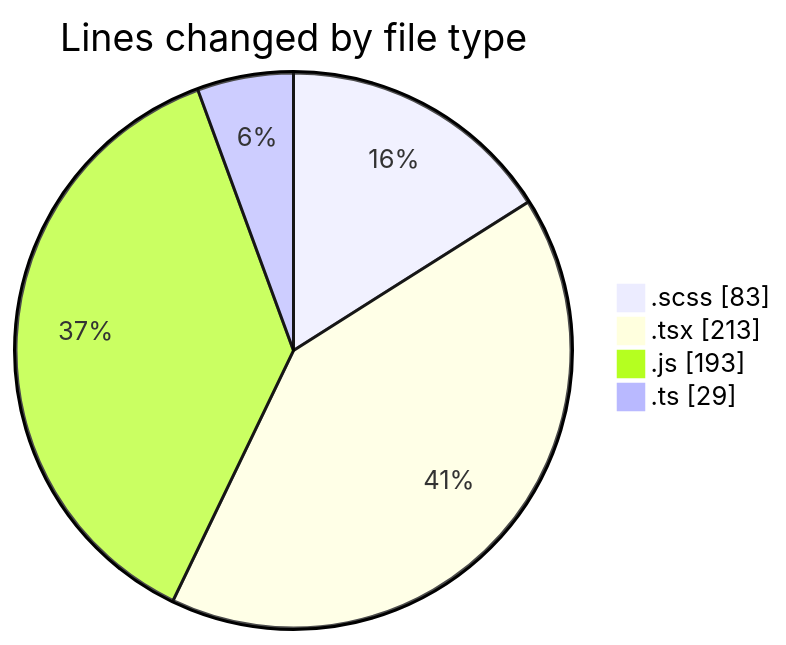
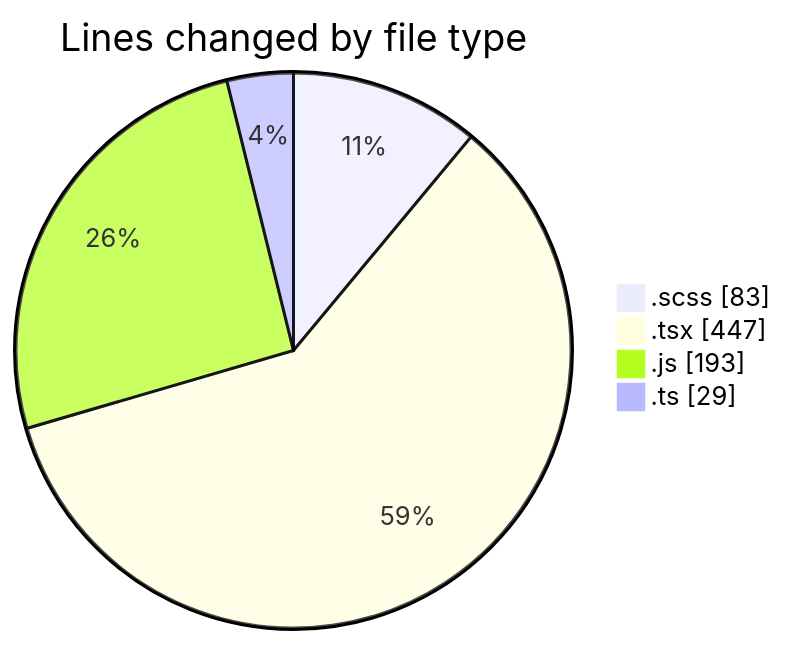
One commit to momahboobian/code-tracking changed the first of 2 diagrams in 2025-03-14/cda/README.md. Above: the diagram before and after it, drawn with Mermaid. The commit also changed other lines of this file and 1 other file, not shown here.

````diff
--- a/2025-03-14/cda/README.md
+++ b/2025-03-14/cda/README.md
@@ -26,8 +27,8 @@
 ```mermaid
 pie showData
 title Lines changed by file type
 ".scss" : 83
-".tsx" : 213
+".tsx" : 447
 ".js" : 193
 ".ts" : 29
 ```
````
